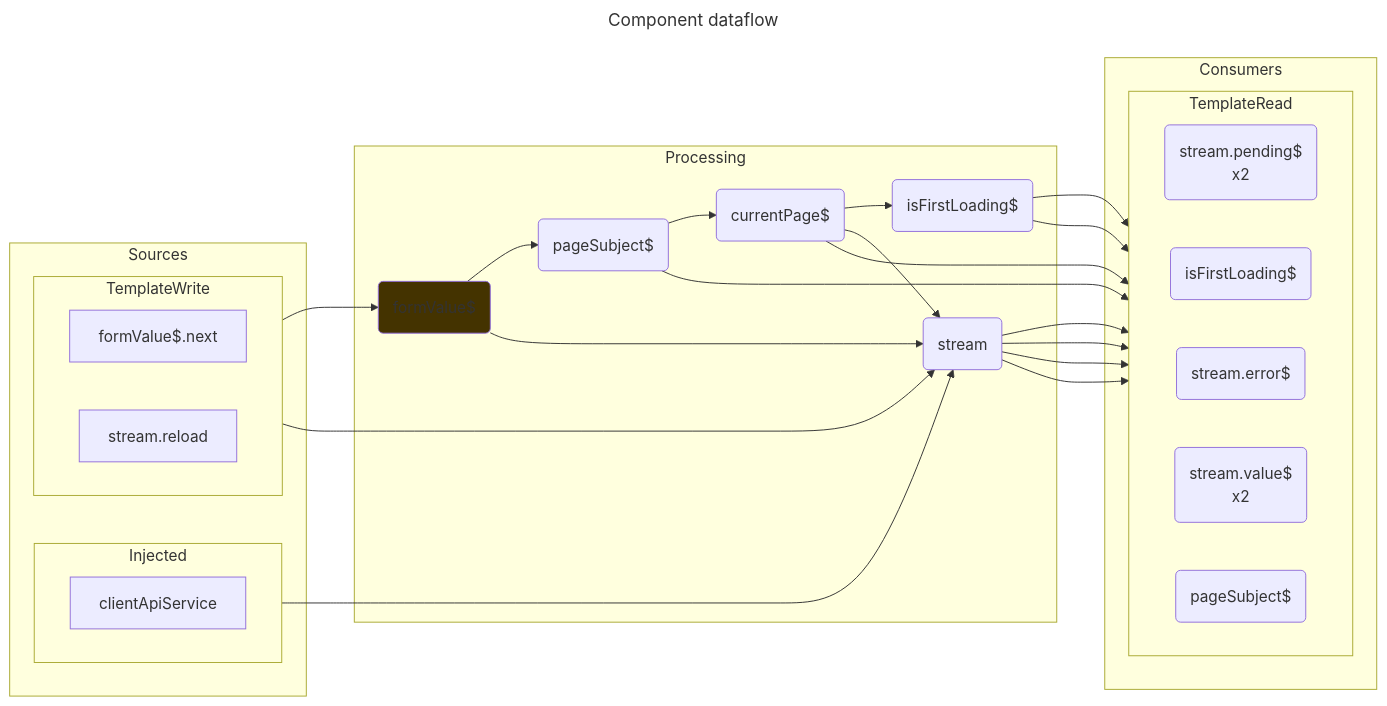
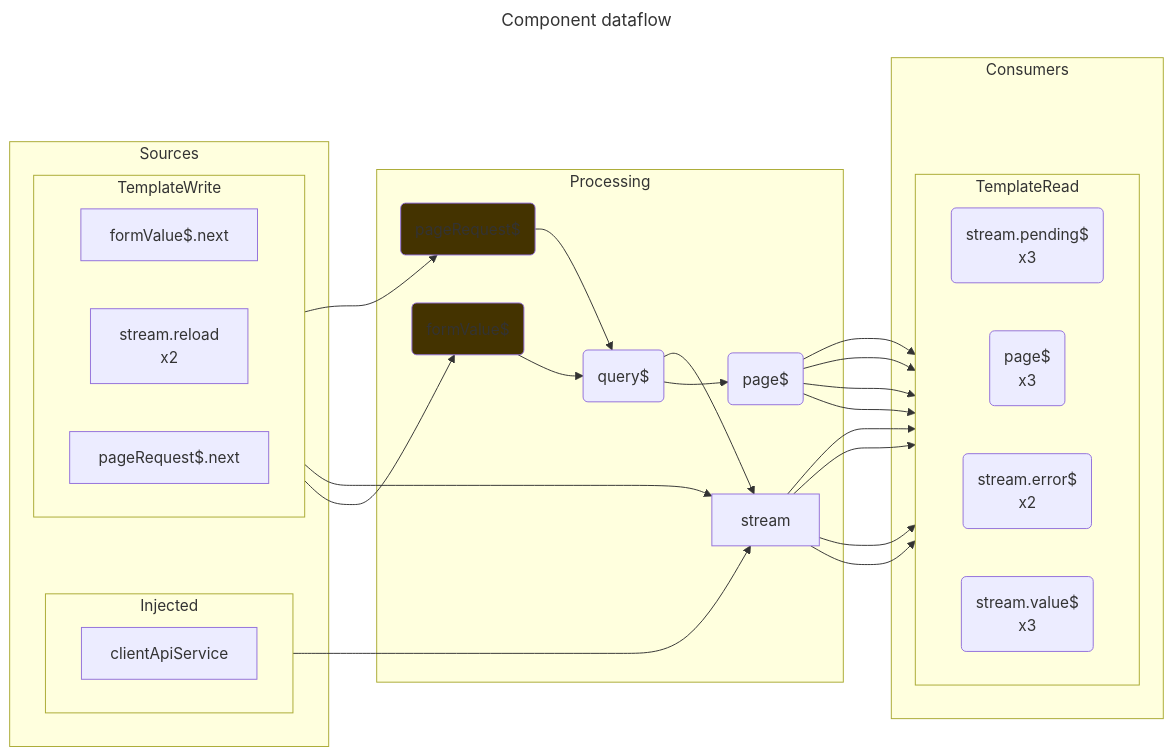
The first of 2 diagrams in src/app/components/xprerimental/infinite-scroll/infinite-scroll.component.dataflow.md (earthdmitriy/rx-evo), drawn with Mermaid before and after one commit. The commit also changed 90 other files, not shown here.

````diff
--- a/src/app/components/xprerimental/infinite-scroll/infinite-scroll.component.dataflow.md
+++ b/src/app/components/xprerimental/infinite-scroll/infinite-scroll.component.dataflow.md
@@ -19,6 +19,10 @@
             "]
             Source_stream.reload["
                 stream.reload
+                x2
+            "]
+            Source_pageRequest$.next["
+                pageRequest$.next
             "]
         end
     end
@@ -26,38 +30,37 @@
         Processing_formValue$("
             formValue$
         ")
-        Processing_pageSubject$("
-            pageSubject$
+        Processing_pageRequest$("
+            pageRequest$
         ")
-        Processing_currentPage$("
-            currentPage$
+        Processing_query$("
+            query$
         ")
-        Processing_isFirstLoading$("
-            isFirstLoading$
+        Processing_page$("
+            page$
         ")
-        Processing_stream("
+        Processing_stream["
             stream
-        ")
+        "]
     end
     subgraph Consumers
         subgraph TemplateRead
             direction LR
             Consumer_stream.pending$("
                 stream.pending$
-                x2
+                x3
             ")
-            Consumer_isFirstLoading$("
-                isFirstLoading$
+            Consumer_page$("
+                page$
+                x3
             ")
             Consumer_stream.error$("
                 stream.error$
+                x2
             ")
             Consumer_stream.value$("
                 stream.value$
-                x2
-            ")
-            Consumer_pageSubject$("
-                pageSubject$
+                x3
             ")
         end
     end
@@ -65,20 +68,21 @@
     Processing ~~~ Consumers
     Source_formValue$.next --> Processing_formValue$
     Source_stream.reload --> Processing_stream
-    Processing_formValue$ --> Processing_pageSubject$
-    Processing_pageSubject$ --> Processing_currentPage$
-    Processing_currentPage$ --> Consumer_pageSubject$
-    Processing_currentPage$ --> Processing_isFirstLoading$
-    Processing_formValue$ --> Processing_stream
-    Processing_currentPage$ --> Processing_stream
+    Source_pageRequest$.next --> Processing_pageRequest$
+    Processing_formValue$ --> Processing_query$
+    Processing_pageRequest$ --> Processing_query$
+    Processing_query$ --> Processing_page$
+    Processing_query$ --> Processing_stream
     Source_clientApiService --> Processing_stream
     Processing_stream --> Consumer_stream.pending$
-    Processing_isFirstLoading$ --> Consumer_stream.pending$
-    Processing_stream --> Consumer_isFirstLoading$
-    Processing_isFirstLoading$ --> Consumer_isFirstLoading$
+    Processing_page$ --> Consumer_stream.pending$
+    Processing_stream --> Consumer_page$
+    Processing_page$ --> Consumer_page$
     Processing_stream --> Consumer_stream.error$
+    Processing_page$ --> Consumer_stream.error$
     Processing_stream --> Consumer_stream.value$
-    Processing_pageSubject$ --> Consumer_pageSubject$
+    Processing_page$ --> Consumer_stream.value$
     style Processing_formValue$ fill:#430
+    style Processing_pageRequest$ fill:#430
 
 ```
````
